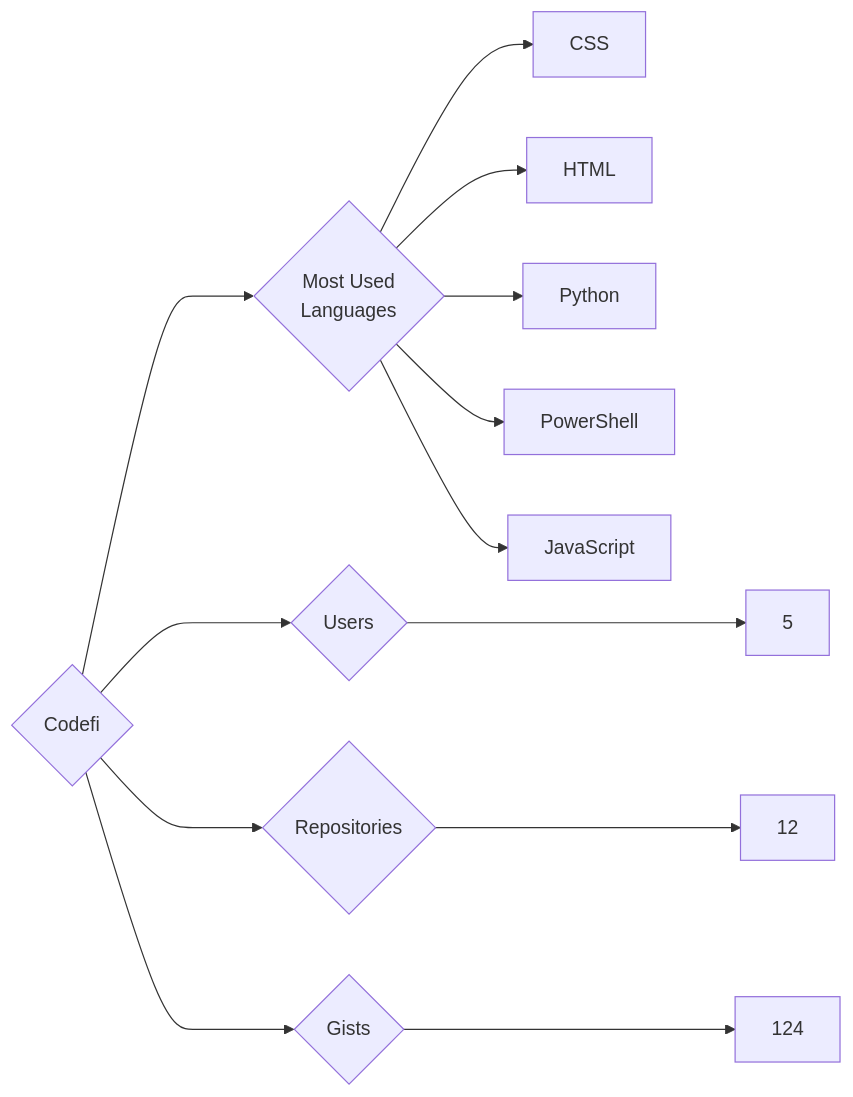
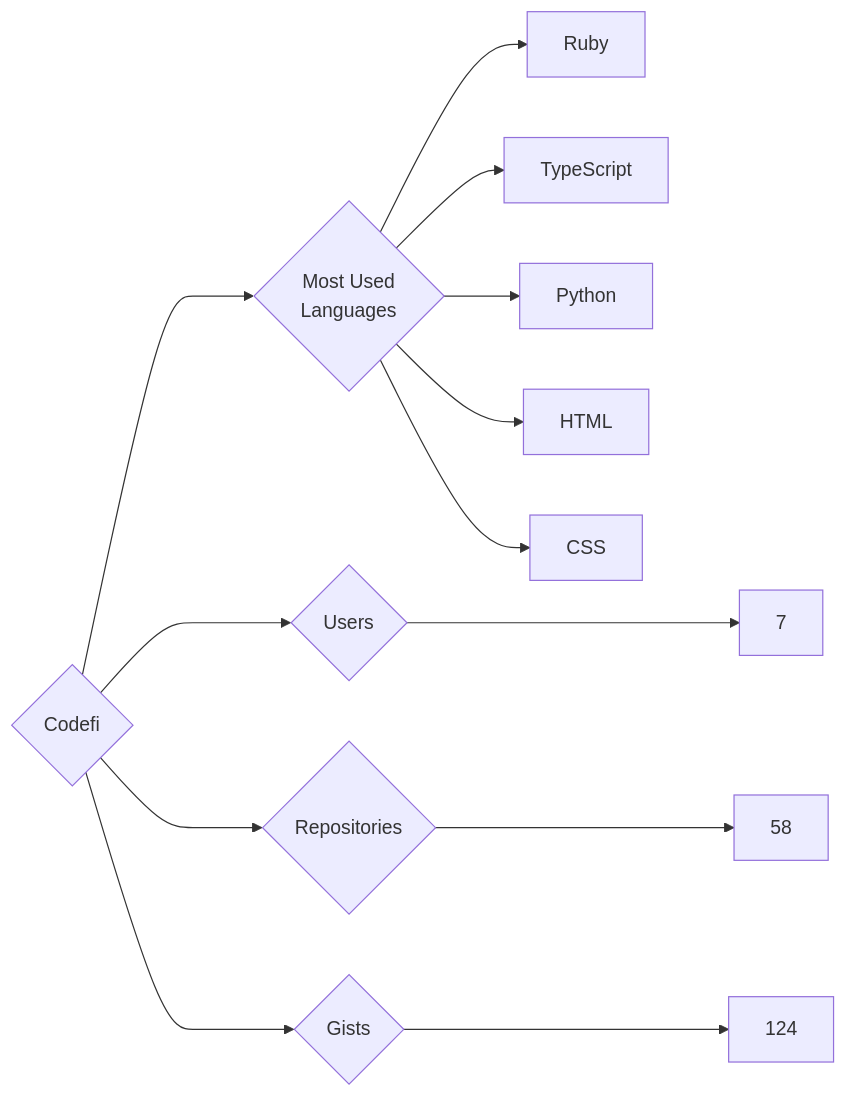
Before and after one commit to trickest/insiders: the diagram in targets/Codefi/README.md, drawn with Mermaid. The commit also changed 861 other files, not shown here.

````diff
--- a/targets/Codefi/README.md
+++ b/targets/Codefi/README.md
@@ -3,13 +3,13 @@
 ```mermaid
 graph LR
 COMPANY_NAME{Codefi}
-COMPANY_NAME ---> U{Users} ---> UN[5]
-COMPANY_NAME ---> R{Repositories} ---> RN[12]
+COMPANY_NAME ---> U{Users} ---> UN[7]
+COMPANY_NAME ---> R{Repositories} ---> RN[58]
 COMPANY_NAME ---> G{Gists} ---> GN[124]
 COMPANY_NAME ---> ML{Most Used<br>Languages}
+ML --> Ruby[Ruby]
+ML --> TypeScript[TypeScript]
+ML --> Python[Python]
+ML --> HTML[HTML]
 ML --> CSS[CSS]
-ML --> HTML[HTML]
-ML --> Python[Python]
-ML --> PowerShell[PowerShell]
-ML --> JavaScript[JavaScript]
 ```
````
